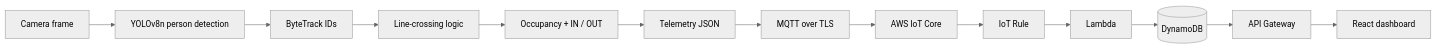
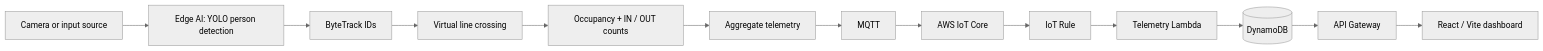
Before and after one commit to Icy0077/CROWD-DENSITY-MONITOR: the diagram in README.md, drawn with Mermaid (neutral theme). The commit also changed other lines of this file, not shown here.

````diff
--- a/README.md
+++ b/README.md
@@ -74,15 +46,15 @@
 ```mermaid
 flowchart LR
-    A[Camera frame] --> B[YOLOv8n person detection]
+    A[Camera or input source] --> B[Edge AI: YOLO person detection]
     B --> C[ByteTrack IDs]
-    C --> D[Line-crossing logic]
-    D --> E[Occupancy + IN / OUT]
-    E --> F[Telemetry JSON]
-    F --> G[MQTT over TLS]
+    C --> D[Virtual line crossing]
+    D --> E[Occupancy + IN / OUT counts]
+    E --> F[Aggregate telemetry]
+    F --> G[MQTT]
     G --> H[AWS IoT Core]
     H --> I[IoT Rule]
-    I --> J[Lambda]
+    I --> J[Telemetry Lambda]
     J --> K[(DynamoDB)]
     K --> L[API Gateway]
-    L --> M[React dashboard]
+    L --> M[React / Vite dashboard]
 ```
````
